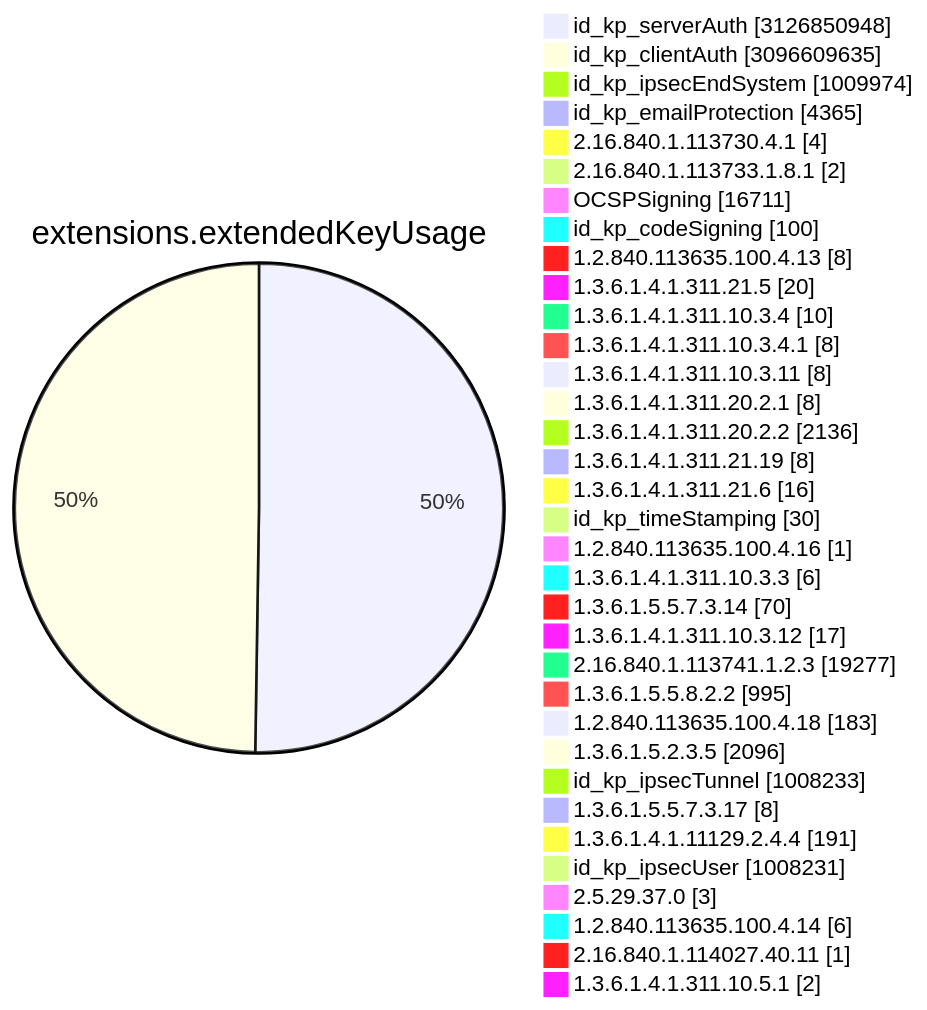
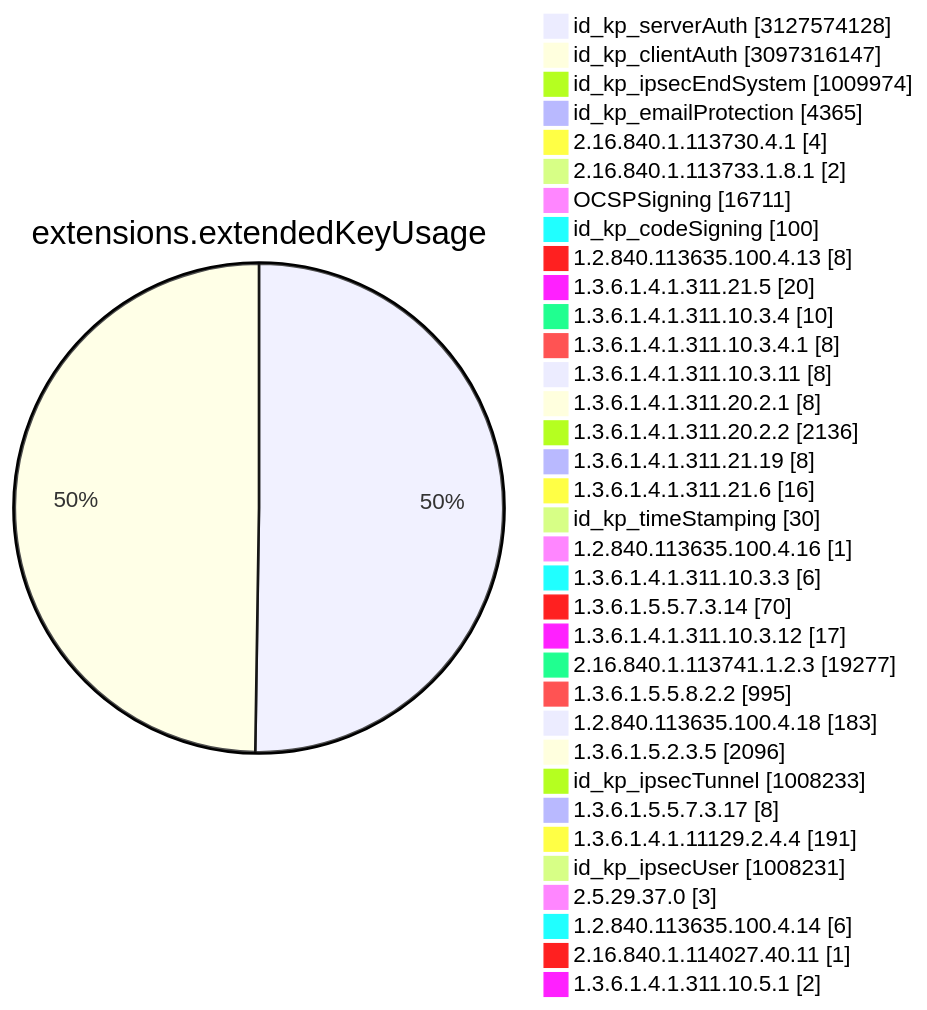
Diagram 11 of 15 in TOTAL/README.md (christiankrug/ctmonitor_visualization), drawn with Mermaid before and after one commit. The commit also changed other lines of this file, not shown here.

````diff
--- a/TOTAL/README.md
+++ b/TOTAL/README.md
@@ -4117,38 +4117,38 @@
 ```mermaid
 pie showData
 title extensions.extendedKeyUsage
-"id_kp_serverAuth" :3126850948
-"id_kp_clientAuth" :3096609635
+"id_kp_serverAuth" :3127574128
+"id_kp_clientAuth" :3097316147
 "id_kp_ipsecEndSystem" :1009974
 "id_kp_emailProtection" :4365
 "2.16.840.1.113730.4.1" :4
 "2.16.840.1.113733.1.8.1" :2
 "OCSPSigning" :16711
 "id_kp_codeSigning" :100
 "1.2.840.113635.100.4.13" :8
 "1.3.6.1.4.1.311.21.5" :20
 "1.3.6.1.4.1.311.10.3.4" :10
 "1.3.6.1.4.1.311.10.3.4.1" :8
 "1.3.6.1.4.1.311.10.3.11" :8
 "1.3.6.1.4.1.311.20.2.1" :8
 "1.3.6.1.4.1.311.20.2.2" :2136
 "1.3.6.1.4.1.311.21.19" :8
 "1.3.6.1.4.1.311.21.6" :16
 "id_kp_timeStamping" :30
 "1.2.840.113635.100.4.16" :1
 "1.3.6.1.4.1.311.10.3.3" :6
 "1.3.6.1.5.5.7.3.14" :70
 "1.3.6.1.4.1.311.10.3.12" :17
 "2.16.840.1.113741.1.2.3" :19277
 "1.3.6.1.5.5.8.2.2" :995
 "1.2.840.113635.100.4.18" :183
 "1.3.6.1.5.2.3.5" :2096
 "id_kp_ipsecTunnel" :1008233
 "1.3.6.1.5.5.7.3.17" :8
 "1.3.6.1.4.1.11129.2.4.4" :191
 "id_kp_ipsecUser" :1008231
 "2.5.29.37.0" :3
 "1.2.840.113635.100.4.14" :6
 "2.16.840.1.114027.40.11" :1
 "1.3.6.1.4.1.311.10.5.1" :2
 ```
````
